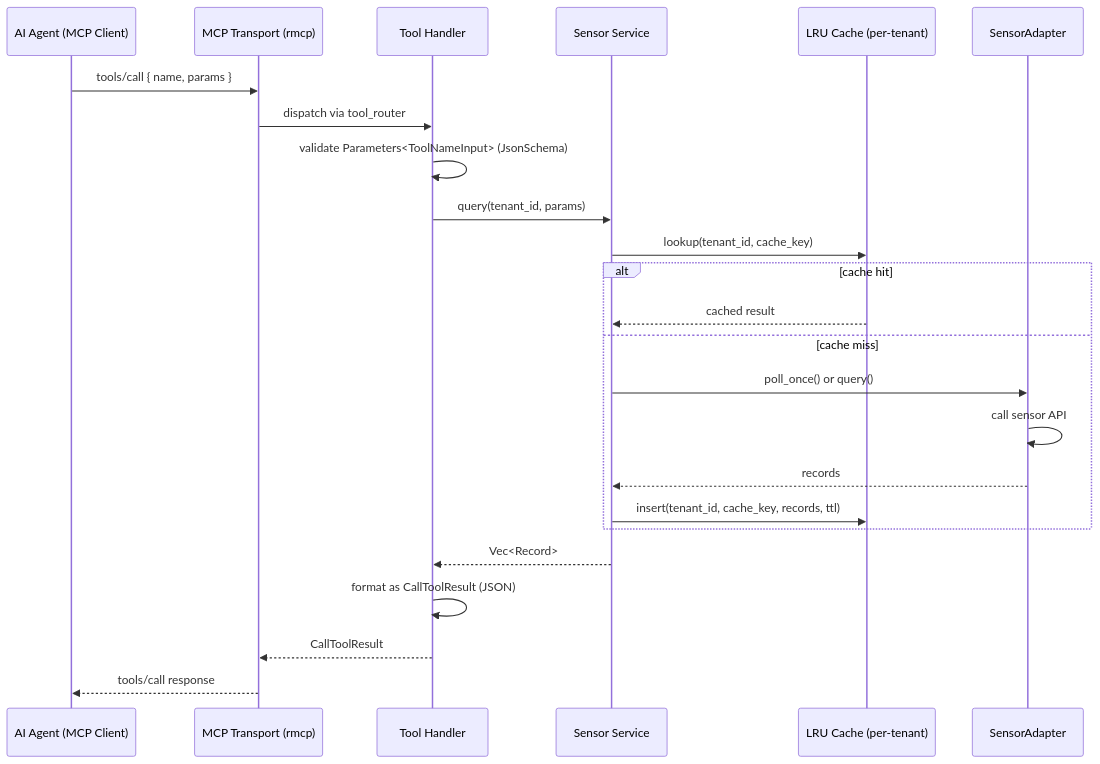
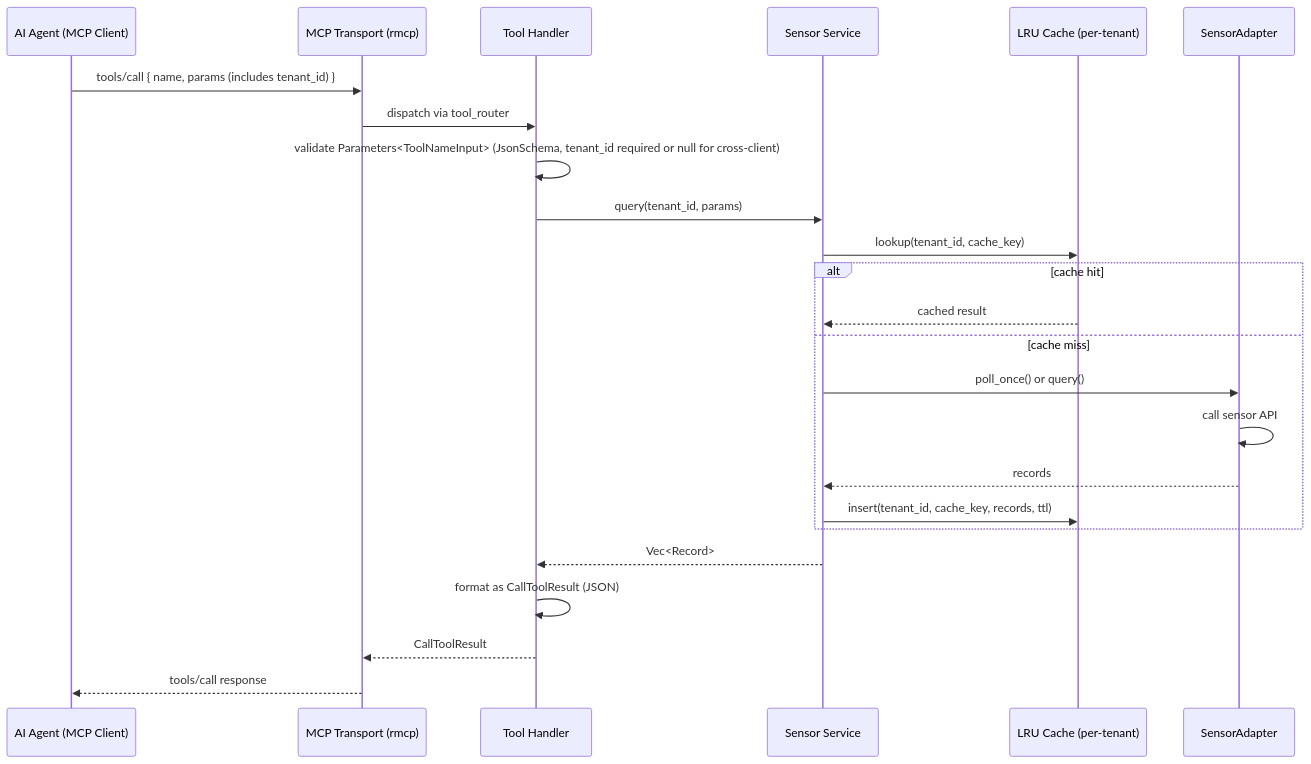
The third of 4 diagrams in phase-0-ingestion/recovered-architecture.md (drbothen/prism), drawn with Mermaid before and after one commit. The commit also changed other lines of this file and 6 other files, not shown here.

````diff
--- a/phase-0-ingestion/recovered-architecture.md
+++ b/phase-0-ingestion/recovered-architecture.md
@@ -630,27 +628,27 @@
 ```mermaid
 sequenceDiagram
     participant AI as AI Agent (MCP Client)
     participant TRANSP as MCP Transport (rmcp)
     participant TOOL as Tool Handler
     participant SVC as Sensor Service
     participant CACHE as LRU Cache (per-tenant)
     participant ADAPTER as SensorAdapter
 
-    AI->>TRANSP: tools/call { name, params }
+    AI->>TRANSP: tools/call { name, params (includes tenant_id) }
     TRANSP->>TOOL: dispatch via tool_router
-    TOOL->>TOOL: validate Parameters<ToolNameInput> (JsonSchema)
+    TOOL->>TOOL: validate Parameters<ToolNameInput> (JsonSchema, tenant_id required or null for cross-client)
     TOOL->>SVC: query(tenant_id, params)
     SVC->>CACHE: lookup(tenant_id, cache_key)
     alt cache hit
         CACHE-->>SVC: cached result
     else cache miss
         SVC->>ADAPTER: poll_once() or query()
         ADAPTER->>ADAPTER: call sensor API
         ADAPTER-->>SVC: records
         SVC->>CACHE: insert(tenant_id, cache_key, records, ttl)
     end
     SVC-->>TOOL: Vec<Record>
     TOOL->>TOOL: format as CallToolResult (JSON)
     TOOL-->>TRANSP: CallToolResult
     TRANSP-->>AI: tools/call response
 ```
````
